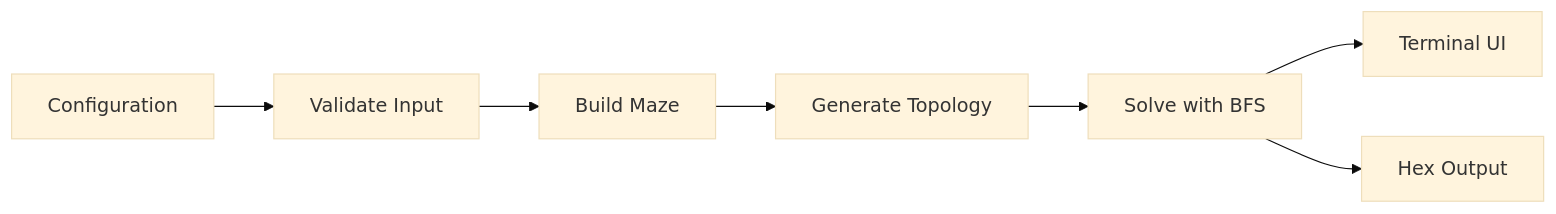
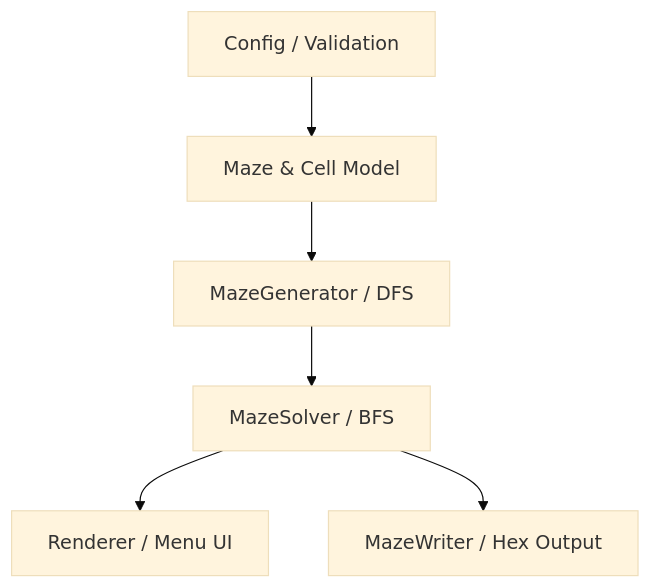
Before and after one commit to shoffman010/A_MAZE_ING: the diagram in README.md, drawn with Mermaid (base theme). The commit also changed other lines of this file, not shown here.

````diff
--- a/README.md
+++ b/README.md
@@ -48,9 +74,8 @@
 ```mermaid
-flowchart LR
-    A["Configuration"] --> B["Validate Input"]
-    B --> C["Build Maze"]
-    C --> D["Generate Topology"]
-    D --> E["Solve with BFS"]
-    E --> F["Terminal UI"]
-    E --> G["Hex Output"]
+flowchart TD
+    A["Config / Validation"] --> B["Maze & Cell Model"]
+    B --> C["MazeGenerator / DFS"]
+    C --> D["MazeSolver / BFS"]
+    D --> E["Renderer / Menu UI"]
+    D --> F["MazeWriter / Hex Output"]
 ```
````
